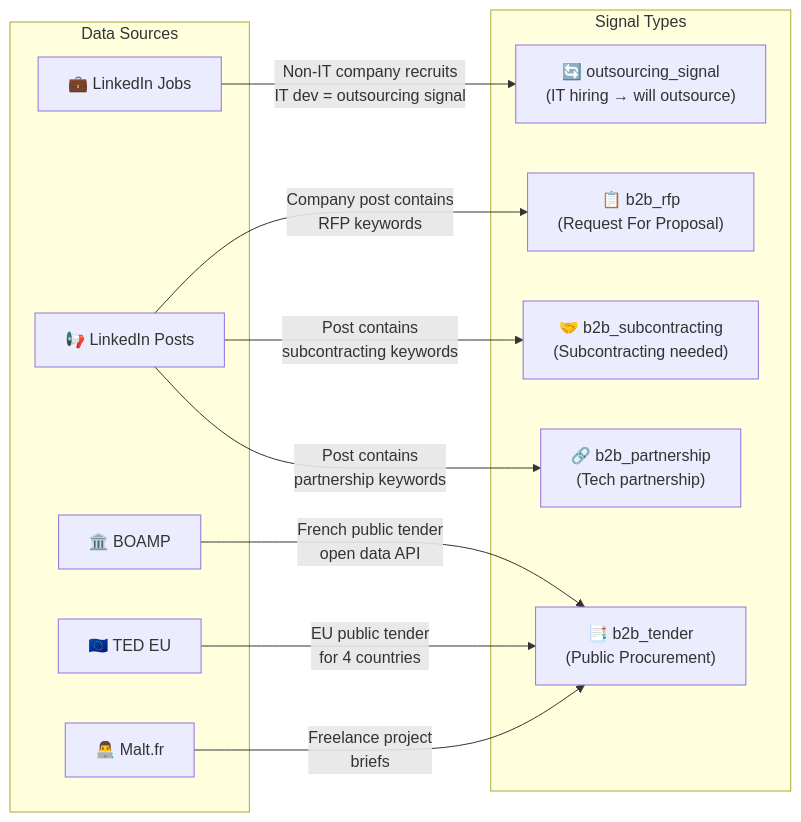
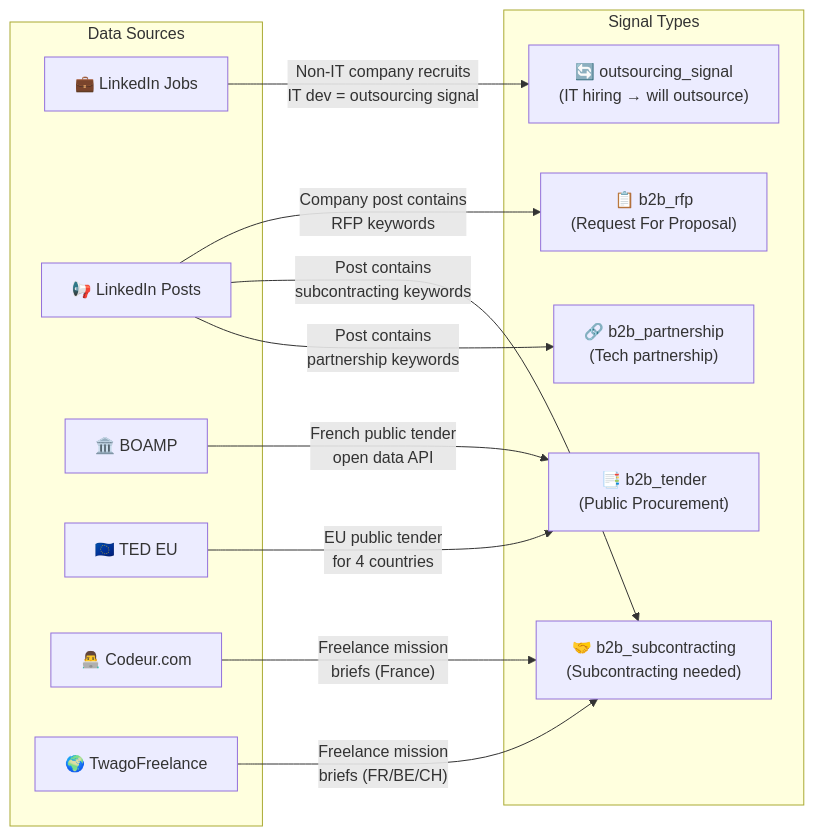
Before and after one commit to MALEKferjanii/LeadGen: the second of 8 diagrams in leadgen360/README.md, drawn with Mermaid. The commit also changed other lines of this file and 14 other files, not shown here.

````diff
--- a/leadgen360/README.md
+++ b/leadgen360/README.md
@@ -146,26 +148,28 @@
 ```mermaid
 graph LR
     subgraph SOURCES["Data Sources"]
         A["💼 LinkedIn Jobs"]
         B["📢 LinkedIn Posts"]
         C["🏛️ BOAMP"]
         D["🇪🇺 TED EU"]
-        E["👨‍💻 Malt.fr"]
+        E["👨‍💻 Codeur.com"]
+        F["🌍 TwagoFreelance"]
     end
 
     subgraph SIGNALS["Signal Types"]
         S1["🔄 outsourcing_signal\n(IT hiring → will outsource)"]
         S2["📋 b2b_rfp\n(Request For Proposal)"]
         S3["📑 b2b_tender\n(Public Procurement)"]
         S4["🤝 b2b_subcontracting\n(Subcontracting needed)"]
         S5["🔗 b2b_partnership\n(Tech partnership)"]
     end
 
     A -->|"Non-IT company recruits\nIT dev = outsourcing signal"| S1
     B -->|"Company post contains\nRFP keywords"| S2
     B -->|"Post contains\nsubcontracting keywords"| S4
     B -->|"Post contains\npartnership keywords"| S5
     C -->|"French public tender\nopen data API"| S3
     D -->|"EU public tender\nfor 4 countries"| S3
-    E -->|"Freelance project\nbriefs"| S3
+    E -->|"Freelance mission\nbriefs (France)"| S4
+    F -->|"Freelance mission\nbriefs (FR/BE/CH)"| S4
 ```
````
